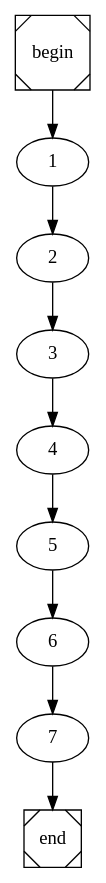
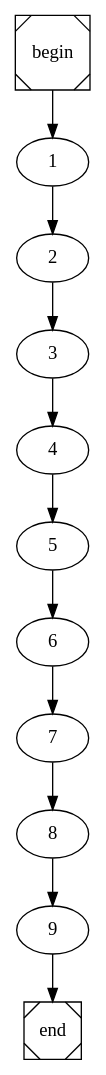
Before and after one commit to nunores/Java-Compiler: the diagram in main.dot, drawn with Graphviz. The commit also changed 4 other files, not shown here.

```diff
--- a/main.dot
+++ b/main.dot
@@ -1,4 +1,4 @@
 digraph cfg {
 	begin [shape=Msquare];
 	end [shape=Msquare];
-	begin -> 1;	1 -> 2;	2 -> 3;	3 -> 4;	4 -> 5;	5 -> 6;	6 -> 7;	7 -> end;}
+	begin -> 1;	1 -> 2;	2 -> 3;	3 -> 4;	4 -> 5;	5 -> 6;	6 -> 7;	7 -> 8;	8 -> 9;	9 -> end;}
```
